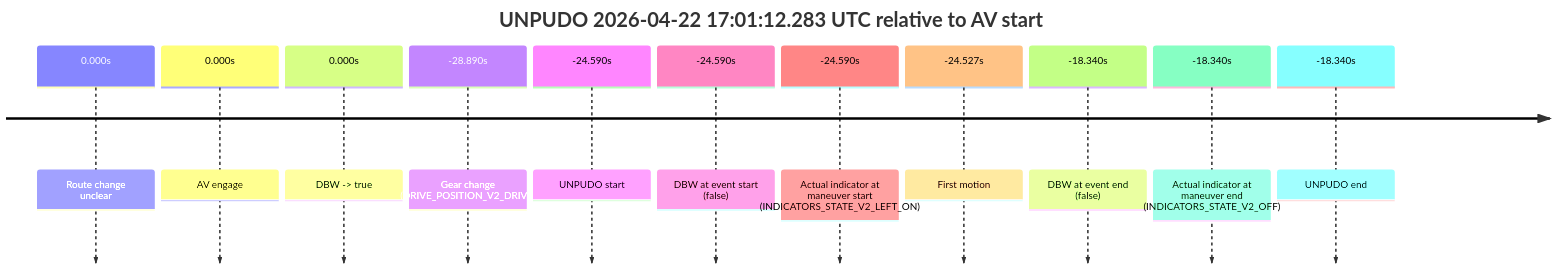
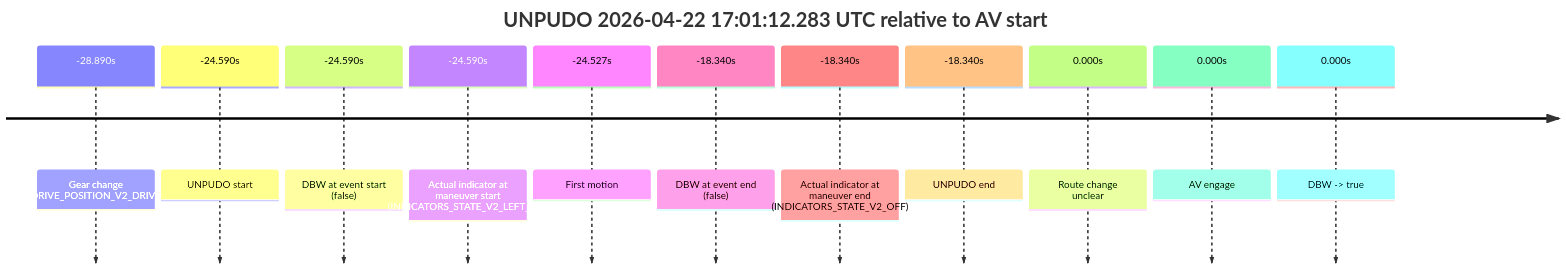
The fifth of 5 diagrams in model_analysis/report_cards/2026/04/Week-4/fme10010--2026-04-22--16-09-57--gen2-av-97310301-a8d4-4bb7-87aa-6bf157ad09e8.md (yoelshapiro/vault), drawn with Mermaid before and after one commit. The commit also changed other lines of this file and 1 other file, not shown here.

````diff
--- a/model_analysis/report_cards/2026/04/Week-4/fme10010--2026-04-22--16-09-57--gen2-av-97310301-a8d4-4bb7-87aa-6bf157ad09e8.md
+++ b/model_analysis/report_cards/2026/04/Week-4/fme10010--2026-04-22--16-09-57--gen2-av-97310301-a8d4-4bb7-87aa-6bf157ad09e8.md
@@ -398,15 +398,15 @@
 ```mermaid
 timeline
     title UNPUDO 2026-04-22 17:01:12.283 UTC relative to AV start
-    0.000s : Route change unclear
-    0.000s : AV engage
-    0.000s : DBW -> true
     -28.890s : Gear change (DRIVE_POSITION_V2_DRIVE)
     -24.590s : UNPUDO start
     -24.590s : DBW at event start (false)
     -24.590s : Actual indicator at maneuver start (INDICATORS_STATE_V2_LEFT_ON)
     -24.527s : First motion
     -18.340s : DBW at event end (false)
     -18.340s : Actual indicator at maneuver end (INDICATORS_STATE_V2_OFF)
     -18.340s : UNPUDO end
+    0.000s : Route change unclear
+    0.000s : AV engage
+    0.000s : DBW -> true
 ```
````
